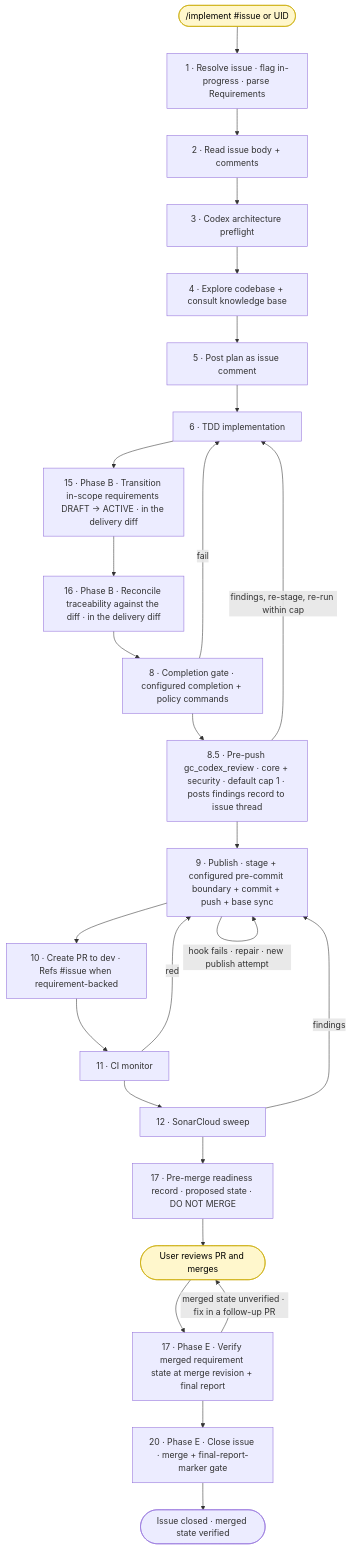
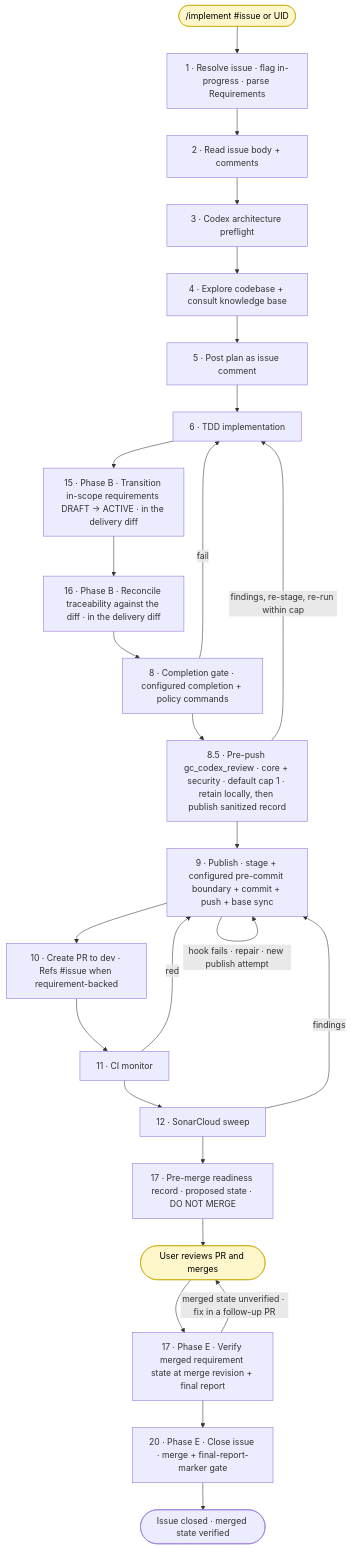
The diagram in docs/DEVELOPMENT_WORKFLOW.md (autarchy-ai/Ground-Control), drawn with Mermaid before and after one commit. The commit also changed other lines of this file and 55 other files, not shown here.

````diff
--- a/docs/DEVELOPMENT_WORKFLOW.md
+++ b/docs/DEVELOPMENT_WORKFLOW.md
@@ -161,53 +161,53 @@
 ```mermaid
 flowchart TB
   Start([/implement #issue or UID])
   S1[1 · Resolve issue · flag in-progress · parse Requirements]
   S2[2 · Read issue body + comments]
   S3[3 · Codex architecture preflight]
   S4[4 · Explore codebase + consult knowledge base]
   S5[5 · Post plan as issue comment]
   S6[6 · TDD implementation]
   S15[15 · Phase B · Transition in-scope requirements DRAFT → ACTIVE · in the delivery diff]
   S16[16 · Phase B · Reconcile traceability against the diff · in the delivery diff]
   S8[8 · Completion gate · configured completion + policy commands]
-  S8b[8.5 · Pre-push gc_codex_review · core + security · default cap 1 · posts findings record to issue thread]
+  S8b[8.5 · Pre-push gc_codex_review · core + security · default cap 1 · retain locally, then publish sanitized record]
   S9[9 · Publish · stage + configured pre-commit boundary + commit + push + base sync]
   S10[10 · Create PR to dev · Refs #issue when requirement-backed]
   S11[11 · CI monitor]
   S12[12 · SonarCloud sweep]
   S17r[17 · Pre-merge readiness record · proposed state · DO NOT MERGE]
   End([User reviews PR and merges])
   S17d[17 · Phase E · Verify merged requirement state at merge revision + final report]
   S20[20 · Phase E · Close issue · merge + final-report-marker gate]
   Done([Issue closed · merged state verified])
 
   Start --> S1
   S1 --> S2
   S2 --> S3
   S3 --> S4
   S4 --> S5
   S5 --> S6
   S6 --> S15
   S15 --> S16
   S16 --> S8
   S8 --> S8b
   S8b --> S9
   S9 --> S10
   S10 --> S11
   S11 --> S12
   S12 --> S17r
   S17r --> End
   End --> S17d
   S17d --> S20
   S20 --> Done
 
   S8 -->|fail| S6
   S9 -->|hook fails · repair · new publish attempt| S9
   S8b -->|findings, re-stage, re-run within cap| S6
   S11 -->|red| S9
   S12 -->|findings| S9
   S17d -->|merged state unverified · fix in a follow-up PR| End
 
   classDef user fill:#fff7cc,stroke:#c9a900,color:#000
   class Start,End user
 ```
````
